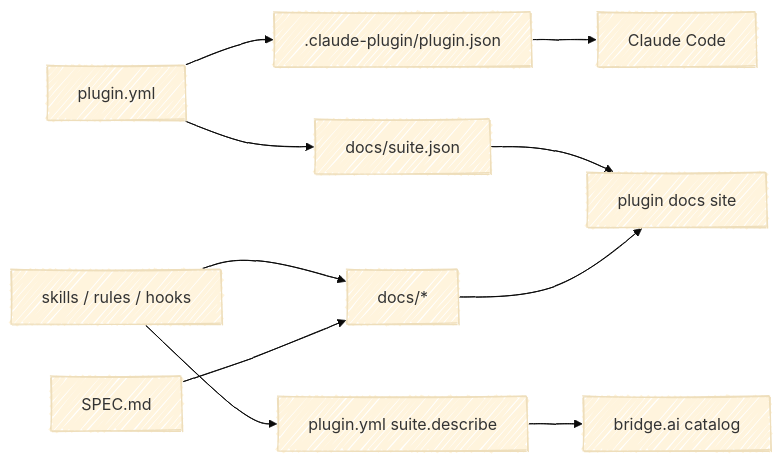
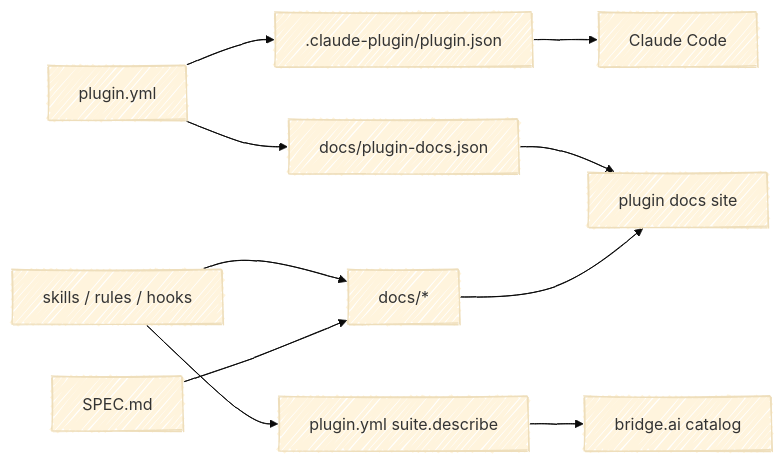
Before and after one commit to chris-peterson/shipyard: the diagram in docs/README.md, drawn with Mermaid (base theme). The commit also changed other lines of this file and 7 other files, not shown here.

First line of the commit message:
Rename gen-suite-json to gen-plugin-docs (docs/plugin-docs.json)

````diff
--- a/docs/README.md
+++ b/docs/README.md
@@ -11,13 +11,13 @@
 ```mermaid
 %%{ init: { 'look': 'handDrawn' } }%%
 flowchart LR
   Y["plugin.yml"] --> PJ[".claude-plugin/plugin.json"]
-  Y --> SJ["docs/suite.json"]
+  Y --> SJ["docs/plugin-docs.json"]
   SRC["skills / rules / hooks"] --> D["plugin.yml suite.describe"]
   SRC --> DOCS["docs/*"]
   SPEC["SPEC.md"] --> DOCS
   PJ --> CC["Claude Code"]
   SJ --> SITE["plugin docs site"]
   DOCS --> SITE
   D --> HUB["bridge.ai catalog"]
 ```
````
